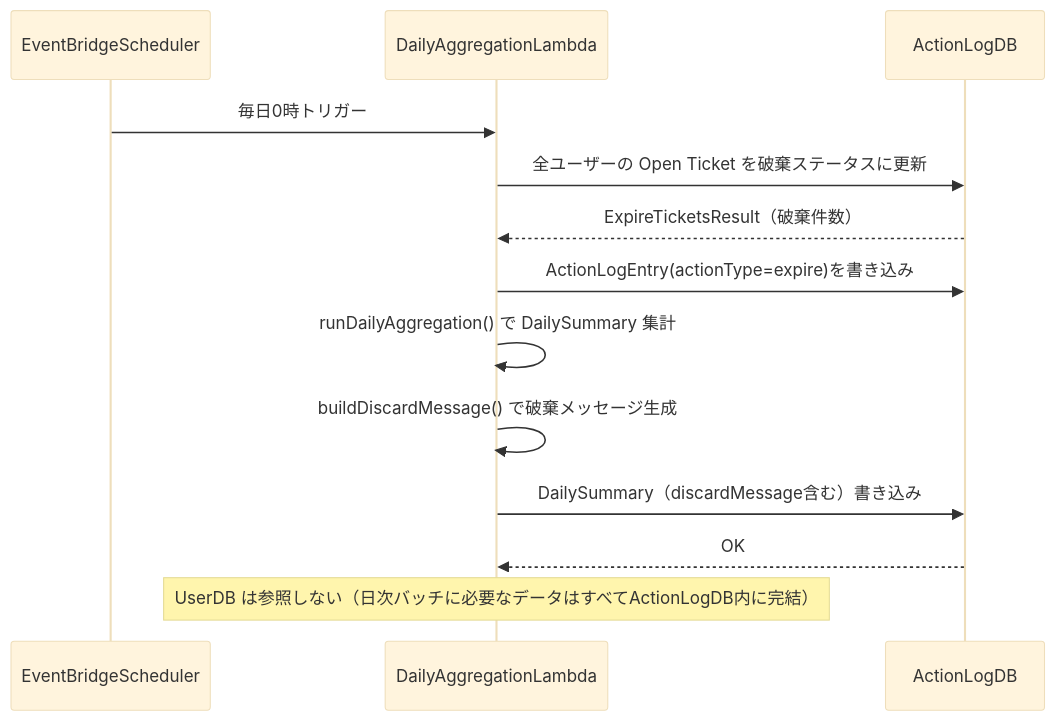
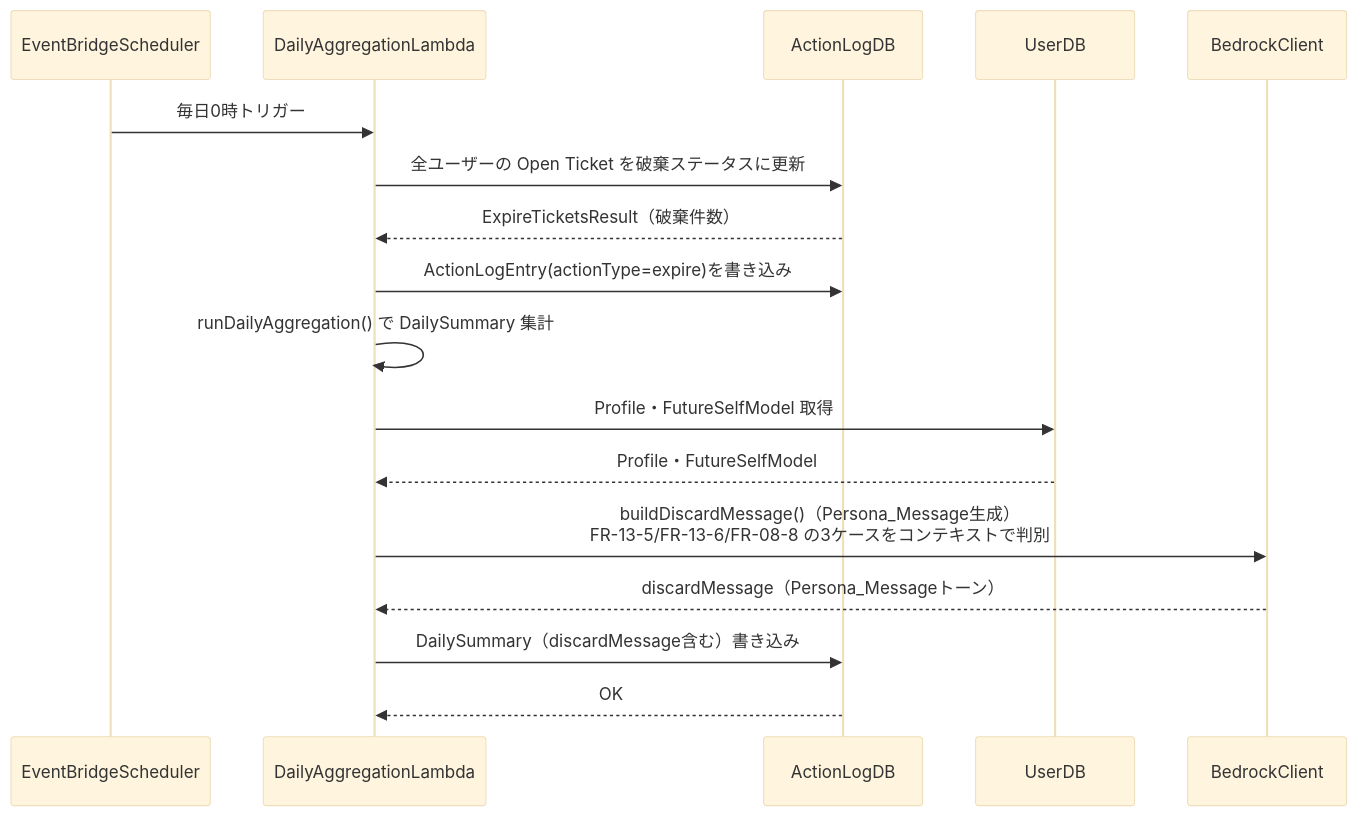
Before and after one commit to aws-dlc-hackathon-team-a/team-a: the fifth of 11 diagrams in aidlc-docs/inception/application-design/component-dependency.md, drawn with Mermaid (base theme). The commit also changed other lines of this file and 6 other files, not shown here.

````diff
--- a/aidlc-docs/inception/application-design/component-dependency.md
+++ b/aidlc-docs/inception/application-design/component-dependency.md
@@ -214,16 +231,20 @@
 ```mermaid
 sequenceDiagram
     participant EventBridge as EventBridgeScheduler
     participant DailyAggregationLambda
     participant ActionLogDB
+    participant UserDB
+    participant Bedrock as BedrockClient
 
     EventBridge->>DailyAggregationLambda: 毎日0時トリガー
     DailyAggregationLambda->>ActionLogDB: 全ユーザーの Open Ticket を破棄ステータスに更新
     ActionLogDB-->>DailyAggregationLambda: ExpireTicketsResult（破棄件数）
     DailyAggregationLambda->>ActionLogDB: ActionLogEntry(actionType=expire)を書き込み
     DailyAggregationLambda->>DailyAggregationLambda: runDailyAggregation() で DailySummary 集計
-    DailyAggregationLambda->>DailyAggregationLambda: buildDiscardMessage() で破棄メッセージ生成
+    DailyAggregationLambda->>UserDB: Profile・FutureSelfModel 取得
+    UserDB-->>DailyAggregationLambda: Profile・FutureSelfModel
+    DailyAggregationLambda->>Bedrock: buildDiscardMessage()（Persona_Message生成）<br>FR-13-5/FR-13-6/FR-08-8 の3ケースをコンテキストで判別
+    Bedrock-->>DailyAggregationLambda: discardMessage（Persona_Messageトーン）
     DailyAggregationLambda->>ActionLogDB: DailySummary（discardMessage含む）書き込み
     ActionLogDB-->>DailyAggregationLambda: OK
-    Note over DailyAggregationLambda: UserDB は参照しない（日次バッチに必要なデータはすべてActionLogDB内に完結）
 ```
````
